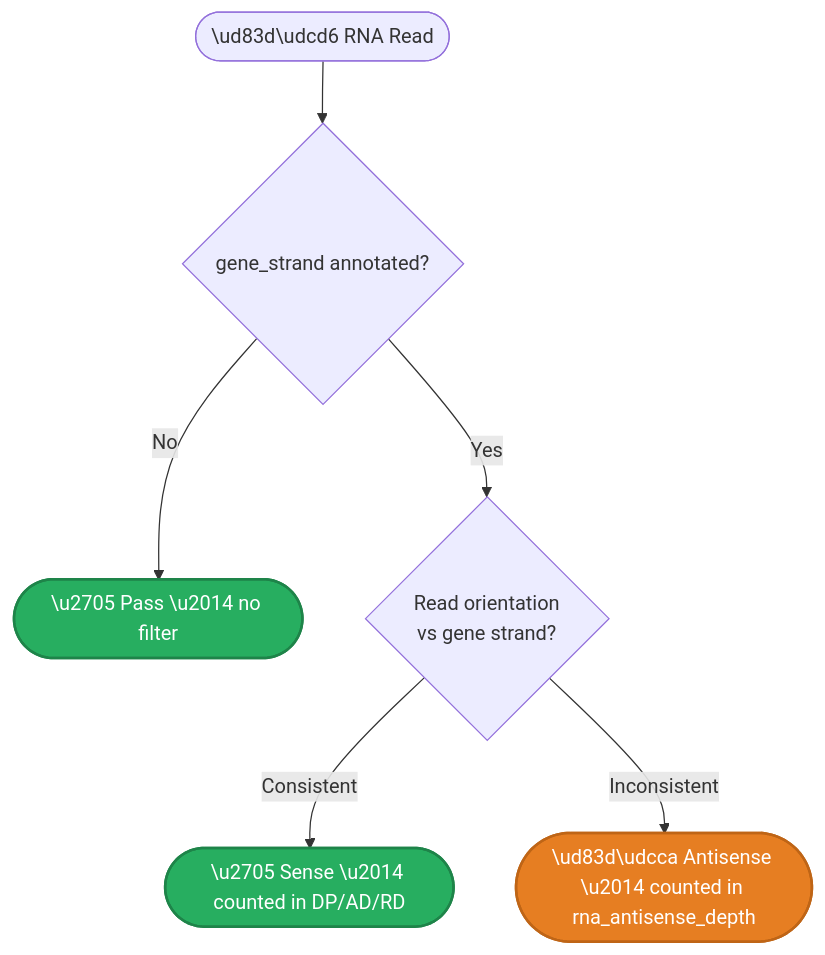
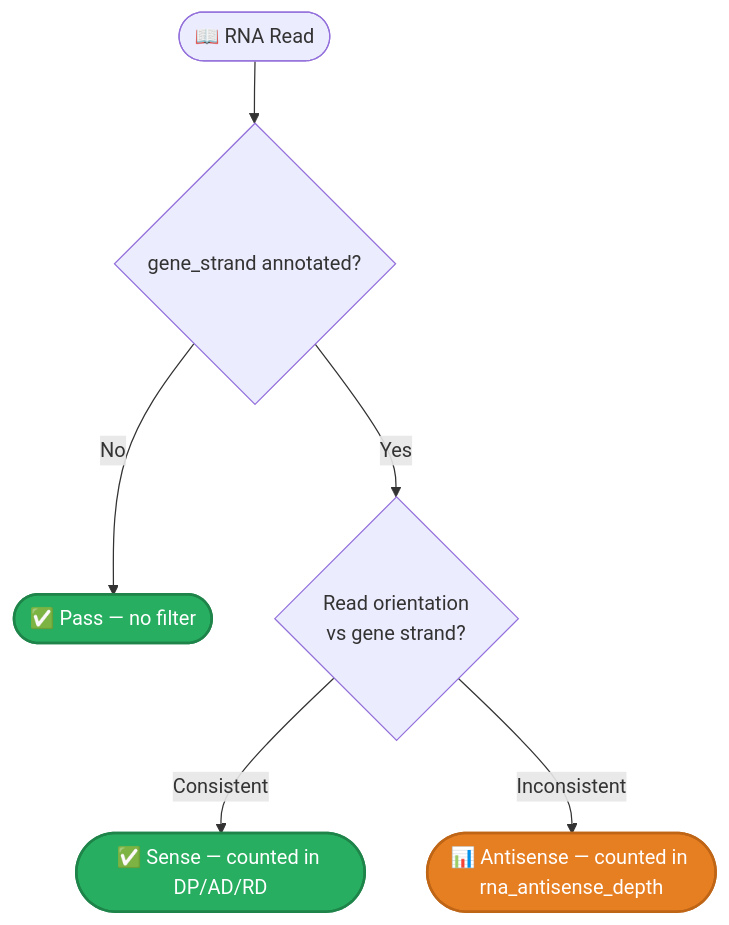
Before and after one commit to msk-access/gbcms: the second of 3 diagrams in docs/cli/rna.md, drawn with Mermaid. The commit also changed 4 other files, not shown here.

````diff
--- a/docs/cli/rna.md
+++ b/docs/cli/rna.md
@@ -94,11 +94,11 @@
 ```mermaid
 flowchart TD
-    Read(["\ud83d\udcd6 RNA Read"]) --> HasGS{"gene_strand annotated?"}
-    HasGS -->|No| Pass(["\u2705 Pass \u2014 no filter"]):::pass
+    Read(["📖 RNA Read"]) --> HasGS{"gene_strand annotated?"}
+    HasGS -->|No| Pass(["✅ Pass — no filter"]):::pass
     HasGS -->|Yes| Check{"Read orientation\nvs gene strand?"}
-    Check -->|"Consistent"| Sense(["\u2705 Sense \u2014 counted in DP/AD/RD"]):::pass
-    Check -->|"Inconsistent"| Anti(["\ud83d\udcca Antisense \u2014 counted in rna_antisense_depth"]):::anti
+    Check -->|"Consistent"| Sense(["✅ Sense — counted in DP/AD/RD"]):::pass
+    Check -->|"Inconsistent"| Anti(["📊 Antisense — counted in rna_antisense_depth"]):::anti
 
     classDef pass fill:#27ae60,color:#fff,stroke:#1e8449,stroke-width:2px;
     classDef anti fill:#e67e22,color:#fff,stroke:#bf6516,stroke-width:2px;
 ```
````
